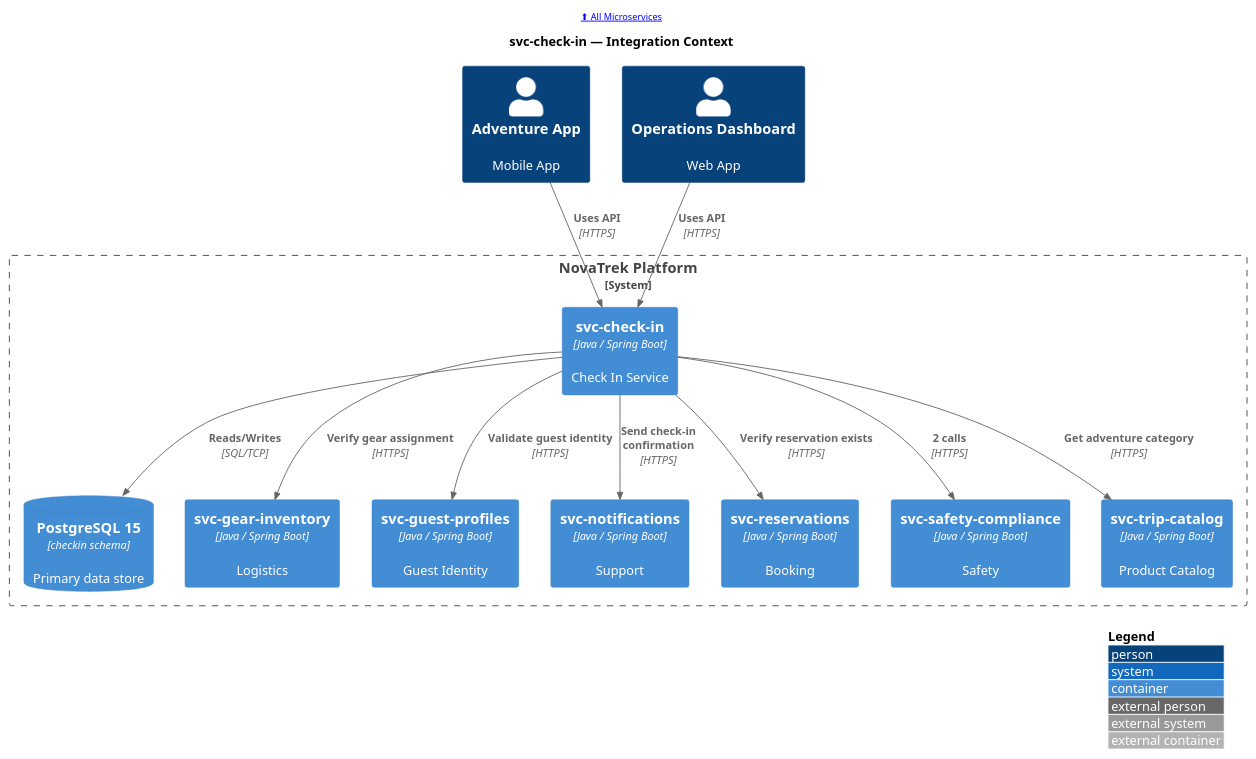
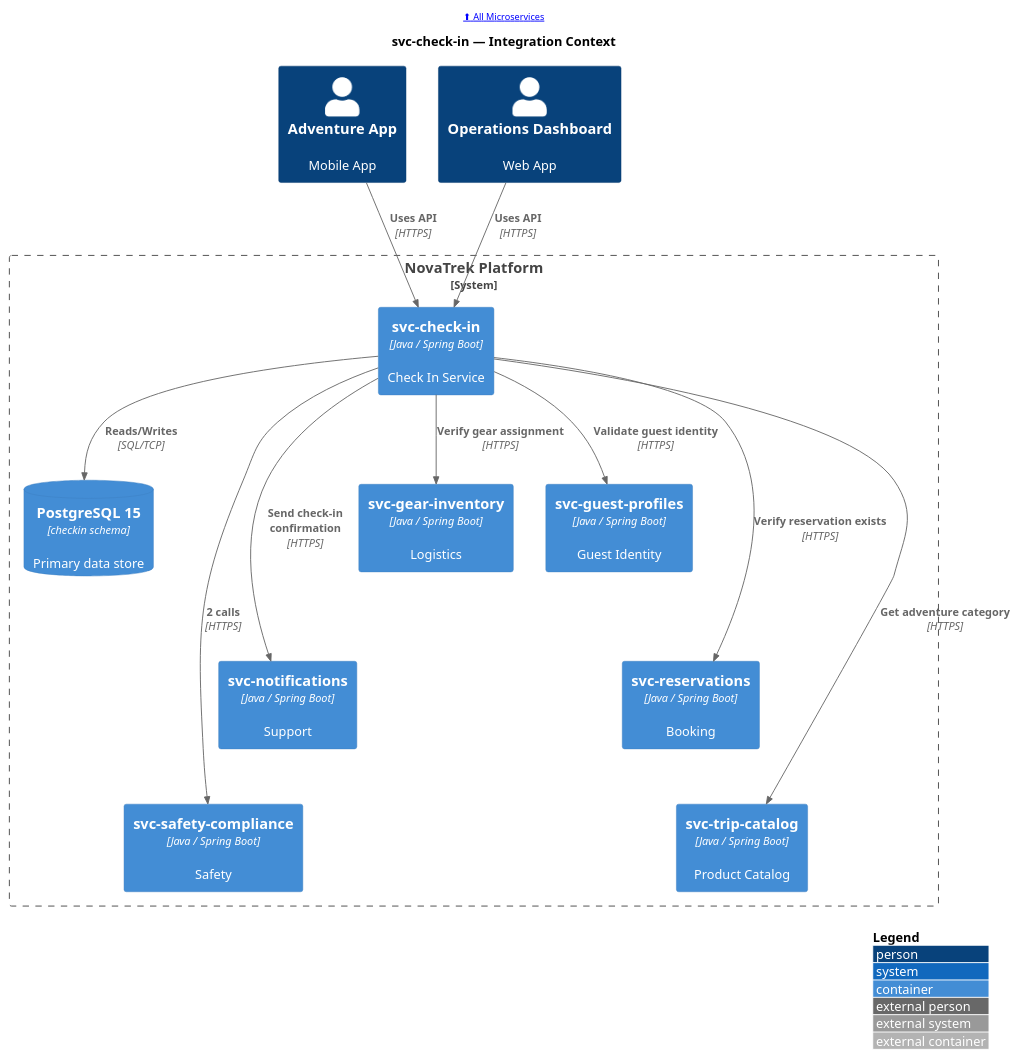
Before and after one commit to christopherblaisdell/continuous-architecture-platform-poc: the diagram in portal/docs/microservices/puml/svc-check-in--c4-context.puml, drawn with PlantUML. The commit also changed 22 other files, not shown here.

First line of the commit message:
fix: restructure event-flow and C4 context diagram layouts for better aspect ratios

```diff
--- a/portal/docs/microservices/puml/svc-check-in--c4-context.puml
+++ b/portal/docs/microservices/puml/svc-check-in--c4-context.puml
@@ -1,36 +1,42 @@
 @startuml
 !include <c4/C4_Container>
 
 LAYOUT_WITH_LEGEND()
 LAYOUT_TOP_DOWN()
 
 header [[/microservices/ ⬆ All Microservices]]
 
 title svc-check-in — Integration Context
 
 Person(app_guest_mobile, "Adventure App", "Mobile App", $link="/applications/app-guest-mobile/#service-dependencies")
 Person(web_ops_dashboard, "Operations Dashboard", "Web App", $link="/applications/web-ops-dashboard/#service-dependencies")
 
 System_Boundary(boundary, "NovaTrek Platform") {
     Container(svc_check_in, "svc-check-in", "Java / Spring Boot", "Check In Service", $link="/microservices/svc-check-in/")
     ContainerDb(svc_check_in_db, "PostgreSQL 15", "checkin schema", "Primary data store", $link="/microservices/svc-check-in/#data-store")
     Container(svc_gear_inventory, "svc-gear-inventory", "Java / Spring Boot", "Logistics", $link="/microservices/svc-gear-inventory/#integration-context")
     Container(svc_guest_profiles, "svc-guest-profiles", "Java / Spring Boot", "Guest Identity", $link="/microservices/svc-guest-profiles/#integration-context")
     Container(svc_notifications, "svc-notifications", "Java / Spring Boot", "Support", $link="/microservices/svc-notifications/#integration-context")
     Container(svc_reservations, "svc-reservations", "Java / Spring Boot", "Booking", $link="/microservices/svc-reservations/#integration-context")
     Container(svc_safety_compliance, "svc-safety-compliance", "Java / Spring Boot", "Safety", $link="/microservices/svc-safety-compliance/#integration-context")
     Container(svc_trip_catalog, "svc-trip-catalog", "Java / Spring Boot", "Product Catalog", $link="/microservices/svc-trip-catalog/#integration-context")
 }
 
 
 Rel(app_guest_mobile, svc_check_in, "Uses API", "HTTPS")
 Rel(web_ops_dashboard, svc_check_in, "Uses API", "HTTPS")
 Rel(svc_check_in, svc_check_in_db, "Reads/Writes", "SQL/TCP")
 Rel(svc_check_in, svc_gear_inventory, "Verify gear assignment", "HTTPS")
 Rel(svc_check_in, svc_guest_profiles, "Validate guest identity", "HTTPS")
 Rel(svc_check_in, svc_notifications, "Send check-in confirmation", "HTTPS")
 Rel(svc_check_in, svc_reservations, "Verify reservation exists", "HTTPS")
 Rel(svc_check_in, svc_safety_compliance, "2 calls", "HTTPS")
 Rel(svc_check_in, svc_trip_catalog, "Get adventure category", "HTTPS")
 
+' Layout hints: stack peers in columns
+Lay_D(svc_gear_inventory, svc_notifications)
+Lay_D(svc_guest_profiles, svc_reservations)
+Lay_D(svc_notifications, svc_safety_compliance)
+Lay_D(svc_reservations, svc_trip_catalog)
+
 @enduml
```
